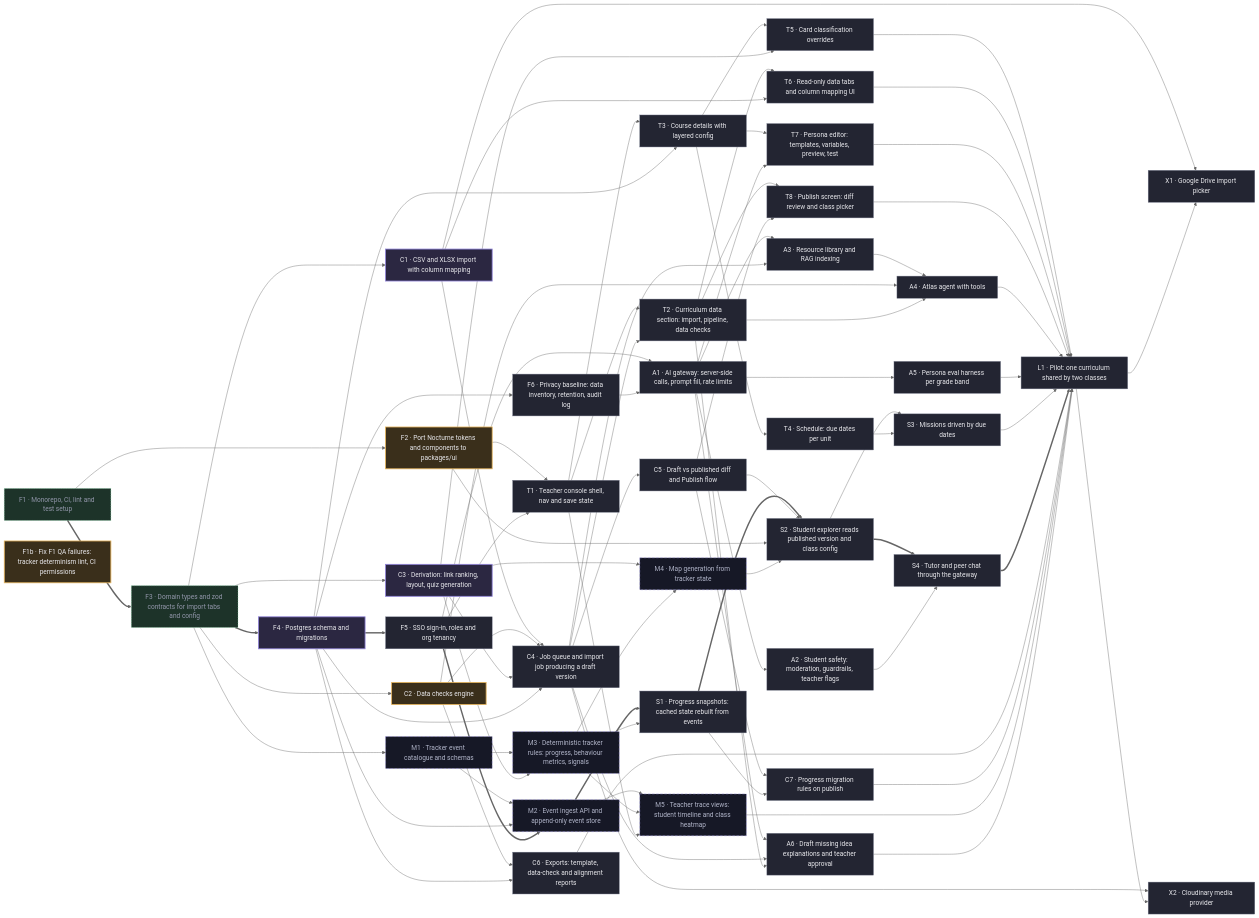
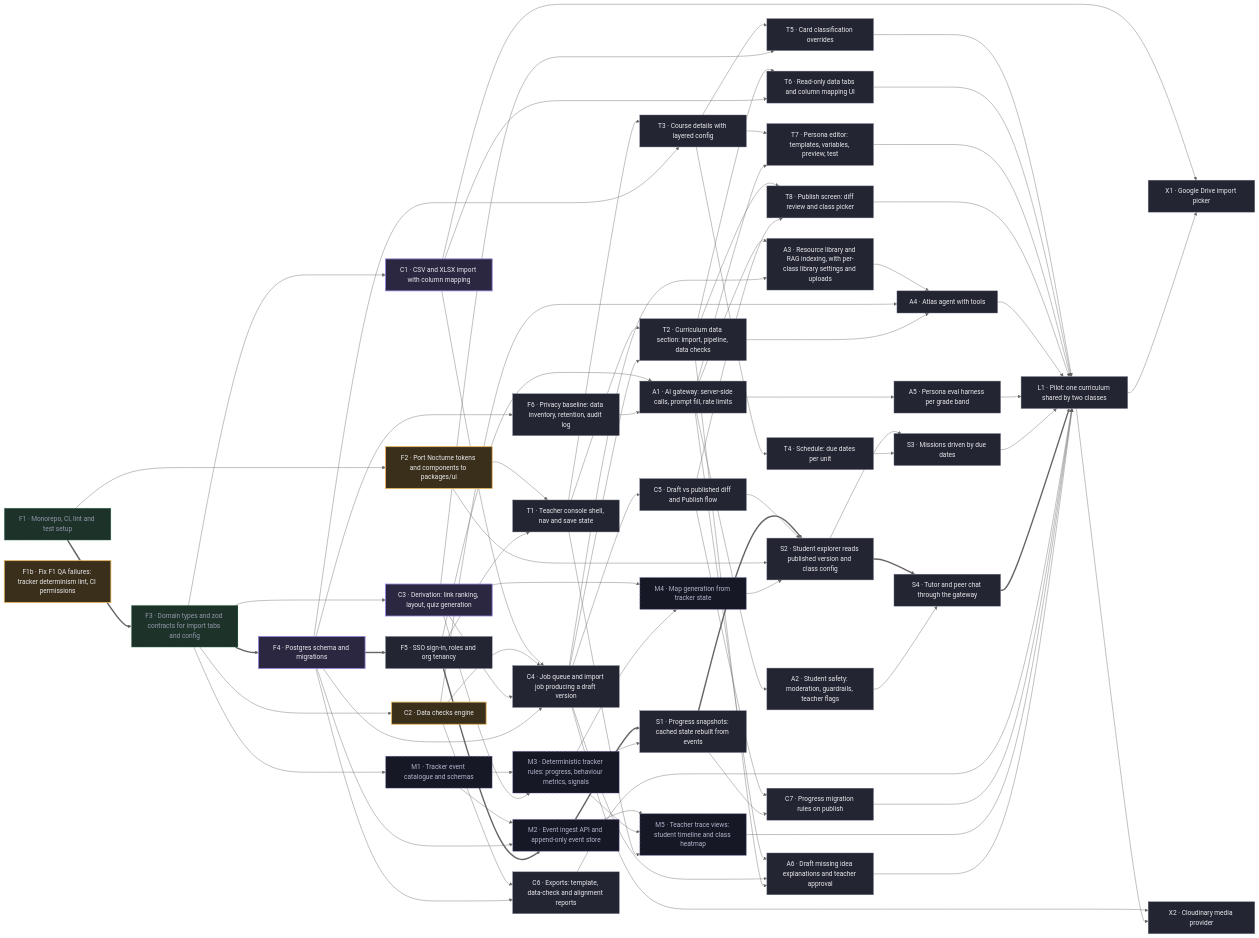
One commit to tenkevin/mind-your-tutor changed the diagram in docs/PLAN.md. Above: the diagram before and after it, drawn with Mermaid (neutral theme). The commit also changed other lines of this file and 3 other files, not shown here.

```diff
--- a/docs/PLAN.md
+++ b/docs/PLAN.md
@@ -107,7 +107,7 @@
   T8["T8 · Publish screen: diff review and class picker"]
   A1["A1 · AI gateway: server-side calls, prompt fill, rate limits"]
   A2["A2 · Student safety: moderation, guardrails, teacher flags"]
-  A3["A3 · Resource library and RAG indexing"]
+  A3["A3 · Resource library and RAG indexing, with per-class library settings and uploads"]
   A4["A4 · Atlas agent with tools"]
   A5["A5 · Persona eval harness per grade band"]
   A6["A6 · Draft missing idea explanations and teacher approval"]
```
